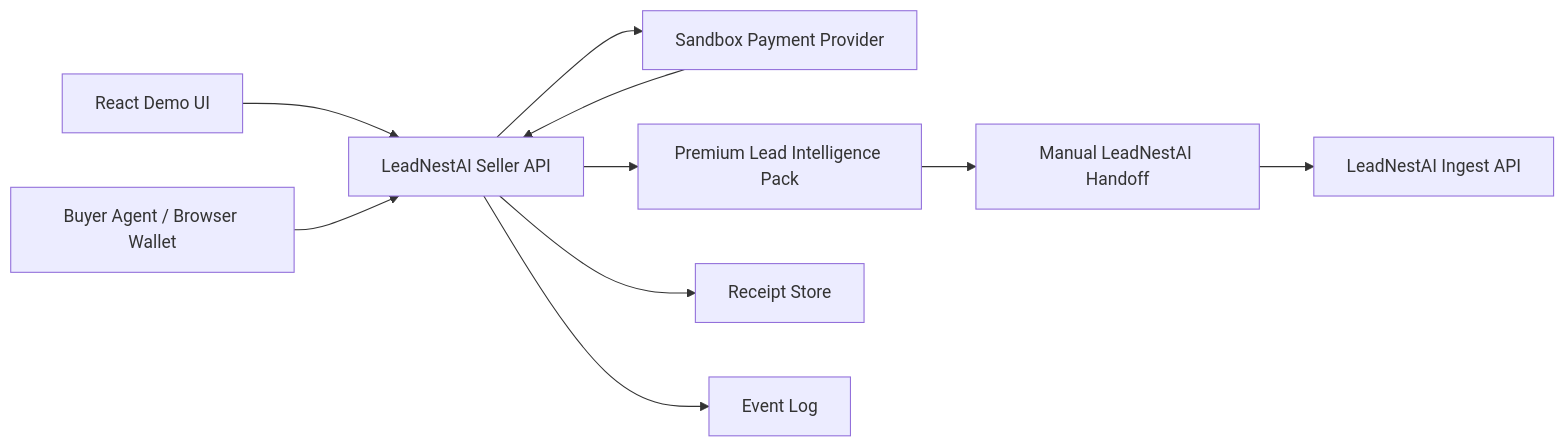
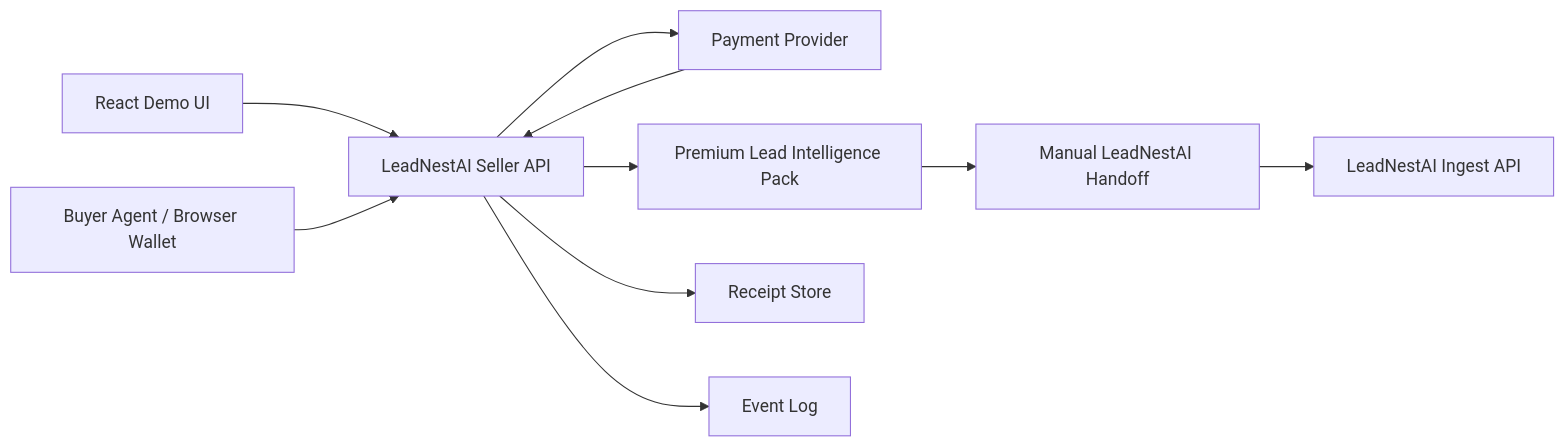
One commit to Bobjonesgood/x402nano changed the first of 4 diagrams in ARCHITECTURE.md. Above: the diagram before and after it, drawn with Mermaid. The commit also changed other lines of this file and 31 other files, not shown here.

````diff
--- a/ARCHITECTURE.md
+++ b/ARCHITECTURE.md
@@ -11,22 +11,22 @@
 ```mermaid
 flowchart LR
   UI["React Demo UI"]
   Agent["Buyer Agent / Browser Wallet"]
   API["LeadNestAI Seller API"]
-  Provider["Sandbox Payment Provider"]
+  Provider["Payment Provider"]
   Leads["Premium Lead Intelligence Pack"]
   Handoff["Manual LeadNestAI Handoff"]
   LeadNest["LeadNestAI Ingest API"]
   Receipts["Receipt Store"]
   Events["Event Log"]
 
   UI --> API
   Agent --> API
   API --> Provider
   Provider --> API
   API --> Leads
   Leads --> Handoff
   Handoff --> LeadNest
   API --> Receipts
   API --> Events
 ```
````
